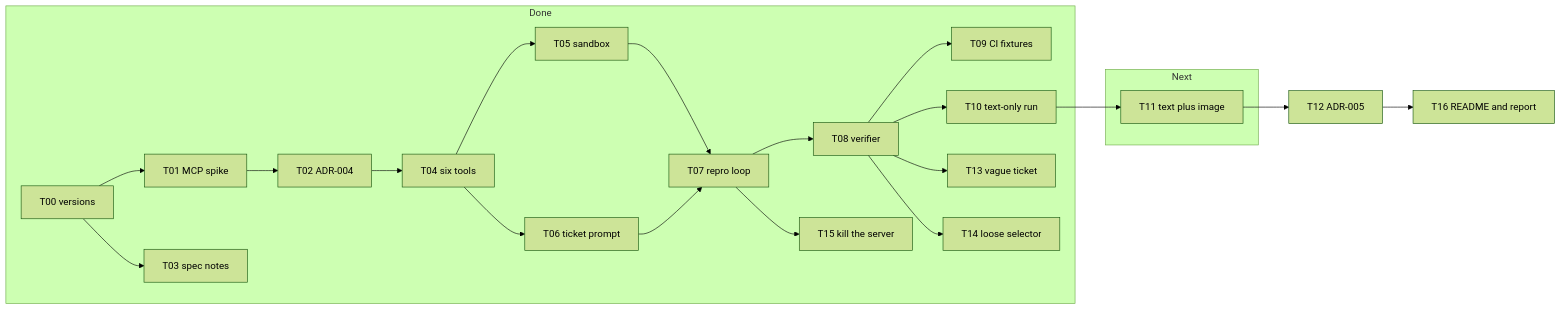
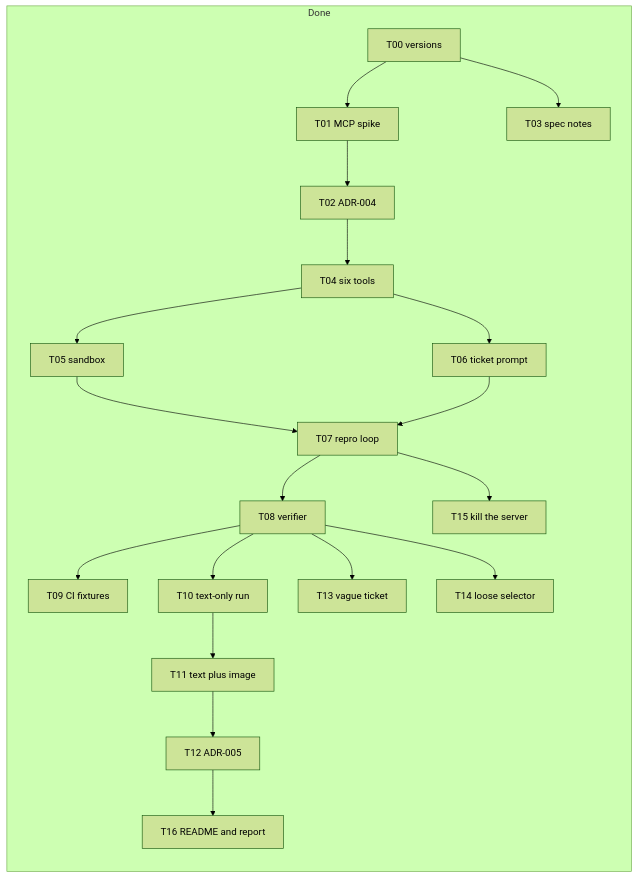
The first of 2 diagrams in docs/architecture/p1.md (vibhu-0511/argus), drawn with Mermaid (forest theme) before and after one commit. The commit also changed other lines of this file and 98 other files, not shown here.

````diff
--- a/docs/architecture/p1.md
+++ b/docs/architecture/p1.md
@@ -7,41 +7,39 @@
 ```mermaid
 flowchart LR
   subgraph done [Done]
     T00[T00 versions]
     T01[T01 MCP spike]
     T03[T03 spec notes]
     T02[T02 ADR-004]
     T04[T04 six tools]
     T05[T05 sandbox]
     T06[T06 ticket prompt]
     T07[T07 repro loop]
     T08[T08 verifier]
     T15[T15 kill the server]
     T09[T09 CI fixtures]
     T10[T10 text-only run]
     T13[T13 vague ticket]
     T14[T14 loose selector]
+    T11[T11 text plus image]
+    T12[T12 ADR-005]
+    T16[T16 README and report]
   end
-  subgraph after [Next]
-    T11[T11 text plus image]
-  end
-  T12[T12 ADR-005]
-  T16[T16 README and report]
   T00 --> T01
   T00 --> T03
   T01 --> T02
   T02 --> T04
   T04 --> T05
   T04 --> T06
   T05 --> T07
   T06 --> T07
   T07 --> T08
   T07 --> T15
   T08 --> T09
   T08 --> T10
   T08 --> T13
   T08 --> T14
   T10 --> T11
   T11 --> T12
   T12 --> T16
 ```
````
